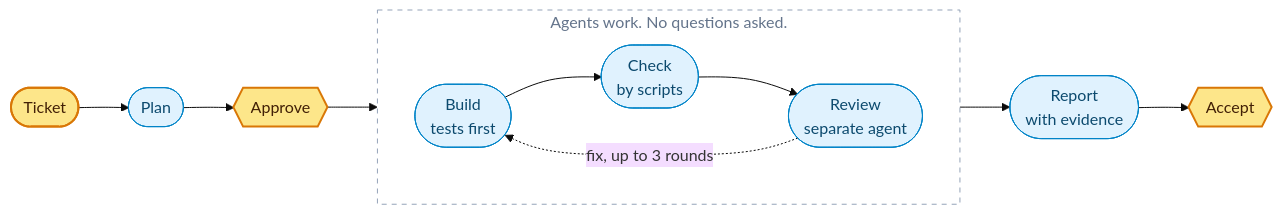
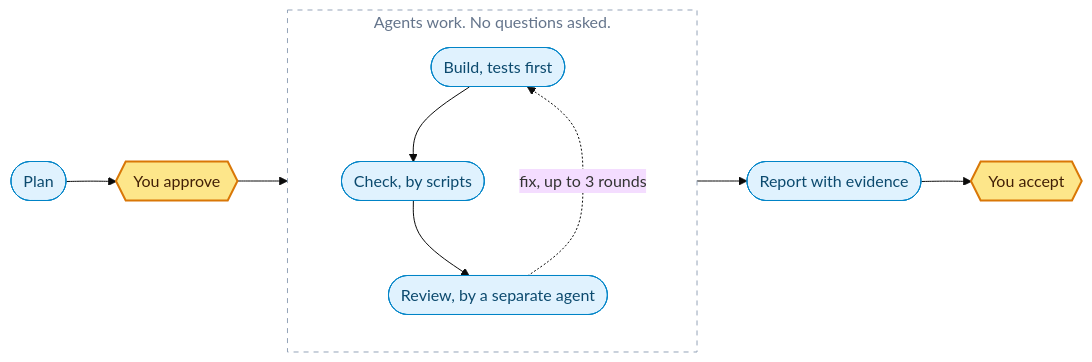
One commit to hoangthuytruc/orchard-automata changed the diagram in README.md. Above: the diagram before and after it, drawn with Mermaid (base theme).

Commit message:
Make the README diagram readable at narrow widths

````diff
--- a/README.md
+++ b/README.md
@@ -21,15 +21,14 @@
 ```mermaid
 flowchart LR
-    T([Ticket]):::you --> P([Plan]):::agent --> A{{Approve}}:::you
+    P([Plan]):::agent --> A{{You approve}}:::you --> run
     subgraph run [" Agents work. No questions asked. "]
-        direction LR
-        B([Build<br/>tests first]):::agent --> C([Check<br/>by scripts]):::agent --> R([Review<br/>separate agent]):::agent
+        direction TB
+        B([Build, tests first]):::agent --> C([Check, by scripts]):::agent --> R([Review, by a separate agent]):::agent
         R -. fix, up to 3 rounds .-> B
     end
-    A --> B
-    R --> E([Report<br/>with evidence]):::agent --> X{{Accept}}:::you
+    run --> E([Report with evidence]):::agent --> X{{You accept}}:::you
 
     classDef you fill:#fde68a,stroke:#d97706,stroke-width:2px,color:#422006
     classDef agent fill:#e0f2fe,stroke:#0284c7,color:#0c4a6e
     style run fill:transparent,stroke:#94a3b8,stroke-dasharray:5 5,color:#64748b
 ```
````
